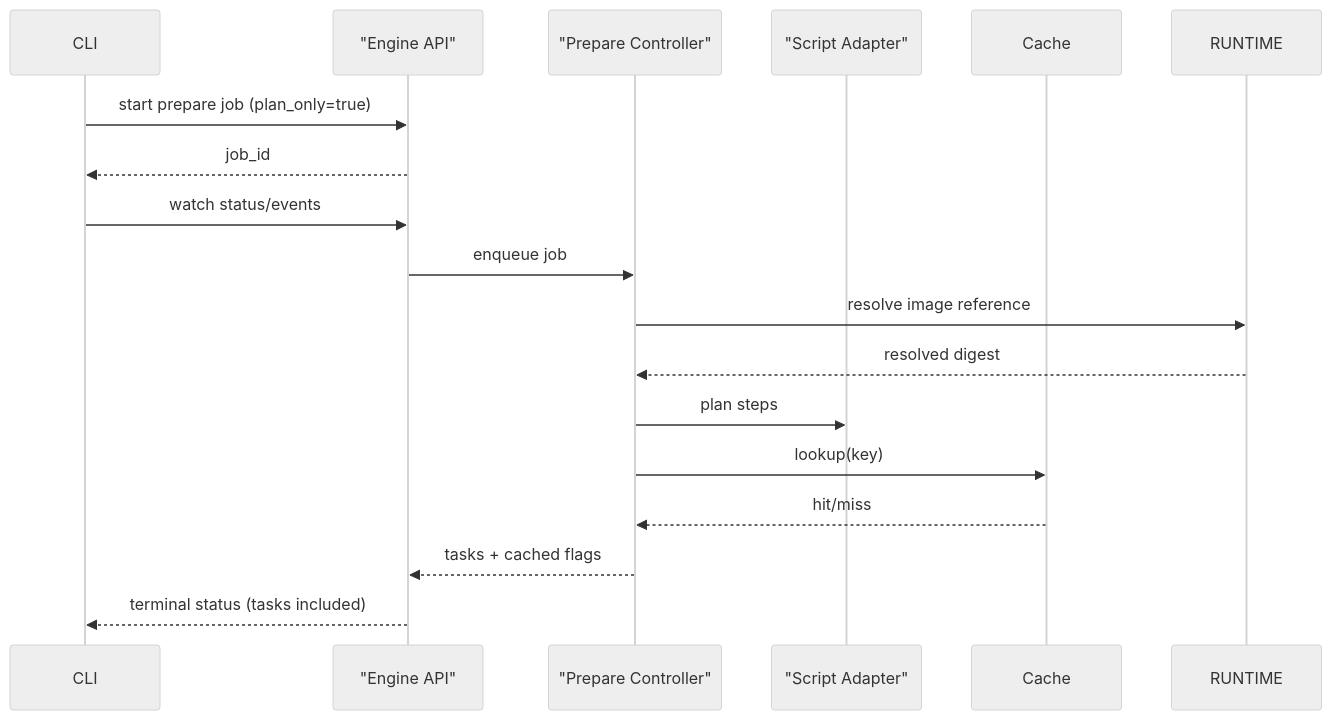
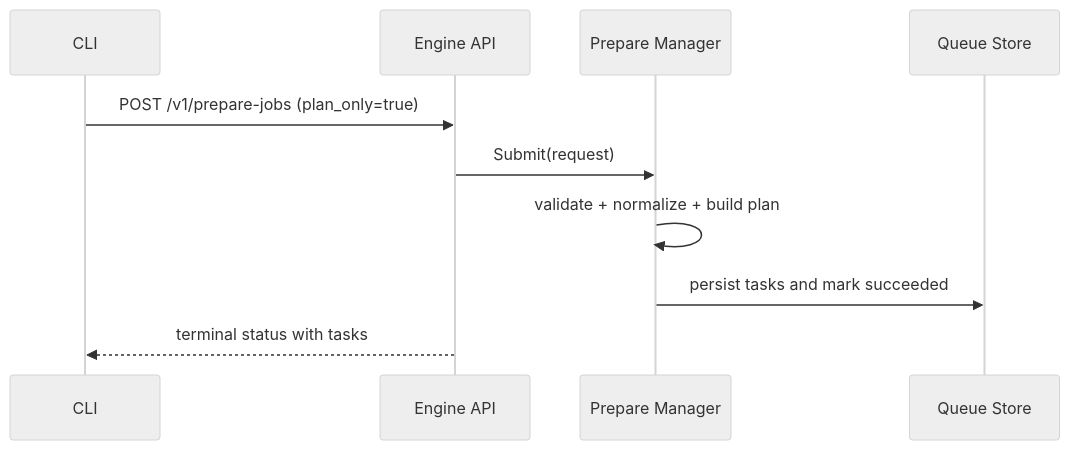
The third of 5 diagrams in docs/architecture/engine-internals.md (kimak-irmagi/taidon), drawn with Mermaid (neutral theme) before and after one commit. The commit also changed other lines of this file and 9 other files, not shown here.

````diff
--- a/docs/architecture/engine-internals.md
+++ b/docs/architecture/engine-internals.md
@@ -239,20 +167,13 @@
 ```mermaid
 sequenceDiagram
   participant CLI as CLI
-  participant API as "Engine API"
-  participant CTRL as "Prepare Controller"
-  participant ADAPTER as "Script Adapter"
-  participant CACHE as Cache
+  participant API as Engine API
+  participant PREP as Prepare Manager
+  participant QUEUE as Queue Store
 
-  CLI->>API: start prepare job (plan_only=true)
-  API-->>CLI: job_id
-  CLI->>API: watch status/events
-  API->>CTRL: enqueue job
-  CTRL->>RUNTIME: resolve image reference
-  RUNTIME-->>CTRL: resolved digest
-  CTRL->>ADAPTER: plan steps
-  CTRL->>CACHE: lookup(key)
-  CACHE-->>CTRL: hit/miss
-  CTRL-->>API: tasks + cached flags
-  API-->>CLI: terminal status (tasks included)
+  CLI->>API: POST /v1/prepare-jobs (plan_only=true)
+  API->>PREP: Submit(request)
+  PREP->>PREP: validate + normalize + build plan
+  PREP->>QUEUE: persist tasks and mark succeeded
+  API-->>CLI: terminal status with tasks
 ```
````
